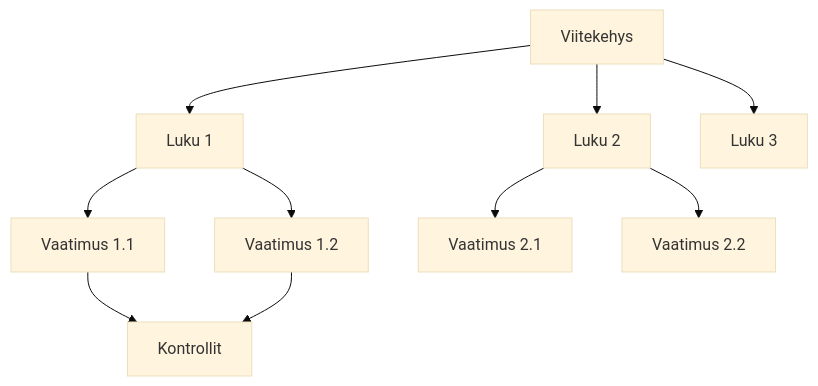
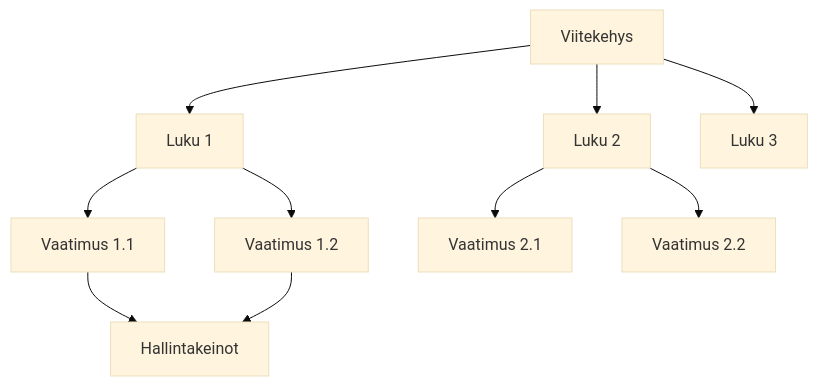
The diagram in i18n/fi/docusaurus-plugin-content-docs/current/user-guide/frameworks/overview.md (tekve/gover-docs), drawn with Mermaid (base theme) before and after one commit. The commit also changed other lines of this file and 38 other files, not shown here.

Commit message:
Rename Kontrollit to Hallintakeinot in Finnish

````diff
--- a/i18n/fi/docusaurus-plugin-content-docs/current/user-guide/frameworks/overview.md
+++ b/i18n/fi/docusaurus-plugin-content-docs/current/user-guide/frameworks/overview.md
@@ -13,12 +13,12 @@
 ```mermaid
 flowchart TD
     F[Viitekehys] --> C1[Luku 1]
     F --> C2[Luku 2]
     F --> C3[Luku 3]
     C1 --> R1[Vaatimus 1.1]
     C1 --> R2[Vaatimus 1.2]
     C2 --> R3[Vaatimus 2.1]
     C2 --> R4[Vaatimus 2.2]
-    R1 --> CO[Kontrollit]
+    R1 --> CO[Hallintakeinot]
     R2 --> CO
 ```
````
